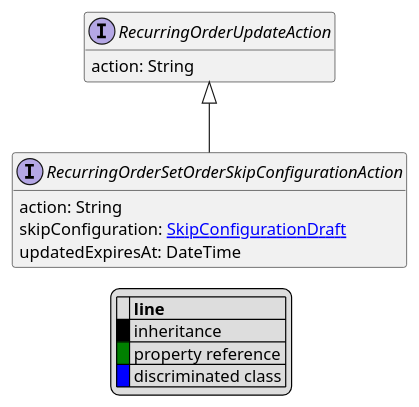
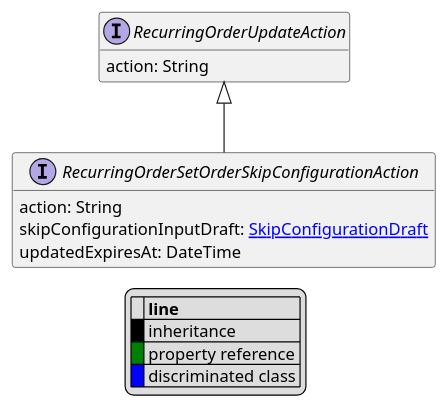
Before and after one commit to commercetools/commercetools-api-reference: the diagram in uml/api/RecurringOrderSetOrderSkipConfigurationAction.puml, drawn with PlantUML. The commit also changed 7 other files, not shown here.

```diff
--- a/uml/api/RecurringOrderSetOrderSkipConfigurationAction.puml
+++ b/uml/api/RecurringOrderSetOrderSkipConfigurationAction.puml
@@ -1,24 +1,24 @@
 @startuml
 
 hide empty fields
 hide empty methods
 legend
 |= |= line |
 |<back:black>   </back>| inheritance |
 |<back:green>   </back>| property reference |
 |<back:blue>   </back>| discriminated class |
 endlegend
 interface RecurringOrderSetOrderSkipConfigurationAction [[RecurringOrderSetOrderSkipConfigurationAction.svg]] extends RecurringOrderUpdateAction {
     action: String
-    skipConfiguration: [[SkipConfigurationDraft.svg SkipConfigurationDraft]]
+    skipConfigurationInputDraft: [[SkipConfigurationDraft.svg SkipConfigurationDraft]]
     updatedExpiresAt: DateTime
 }
 interface RecurringOrderUpdateAction [[RecurringOrderUpdateAction.svg]]  {
     action: String
 }
 
 
 
 
 
 @enduml
```
